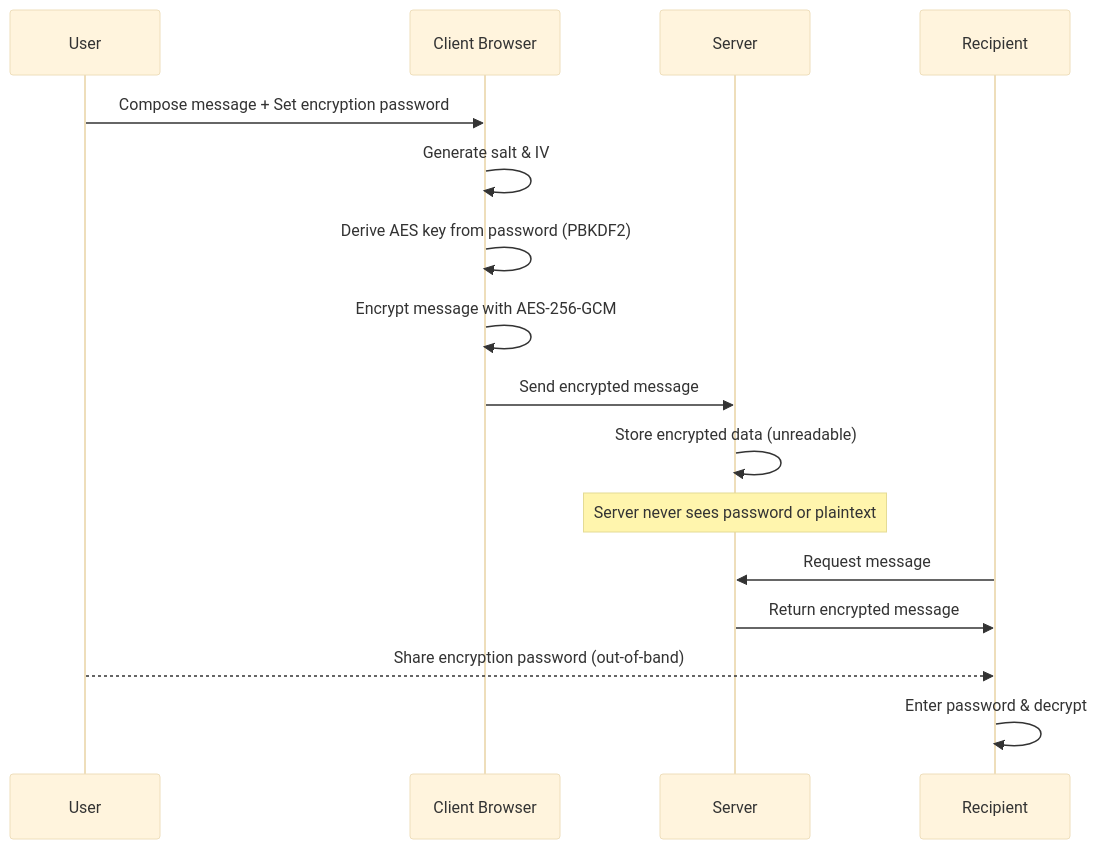
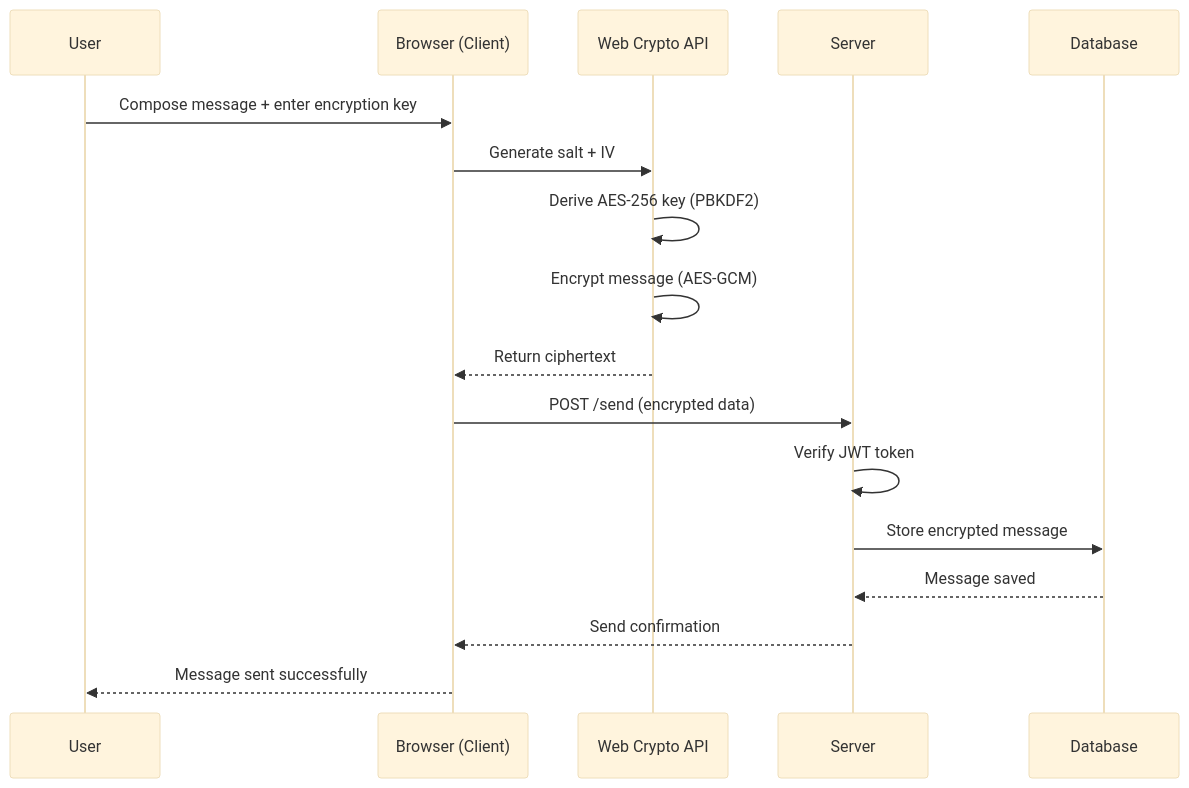
One commit to xsukax/xsukax-E2EE-Local-Mailing-System changed the third of 4 diagrams in README.md. Above: the diagram before and after it, drawn with Mermaid (base theme). The commit also changed other lines of this file, not shown here.

````diff
--- a/README.md
+++ b/README.md
@@ -296,20 +243,20 @@
 ```mermaid
 sequenceDiagram
     participant U as User
-    participant C as Client Browser
+    participant B as Browser (Client)
+    participant C as Web Crypto API
     participant S as Server
-    participant R as Recipient
-
-    U->>C: Compose message + Set encryption password
-    C->>C: Generate salt & IV
-    C->>C: Derive AES key from password (PBKDF2)
-    C->>C: Encrypt message with AES-256-GCM
-    C->>S: Send encrypted message
-    S->>S: Store encrypted data (unreadable)
-    Note over S: Server never sees password or plaintext
+    participant DB as Database
     
-    R->>S: Request message
-    S->>R: Return encrypted message
-    U-->>R: Share encryption password (out-of-band)
-    R->>R: Enter password & decrypt
+    U->>B: Compose message + enter encryption key
+    B->>C: Generate salt + IV
+    C->>C: Derive AES-256 key (PBKDF2)
+    C->>C: Encrypt message (AES-GCM)
+    C-->>B: Return ciphertext
+    B->>S: POST /send (encrypted data)
+    S->>S: Verify JWT token
+    S->>DB: Store encrypted message
+    DB-->>S: Message saved
+    S-->>B: Send confirmation
+    B-->>U: Message sent successfully
 ```
````
